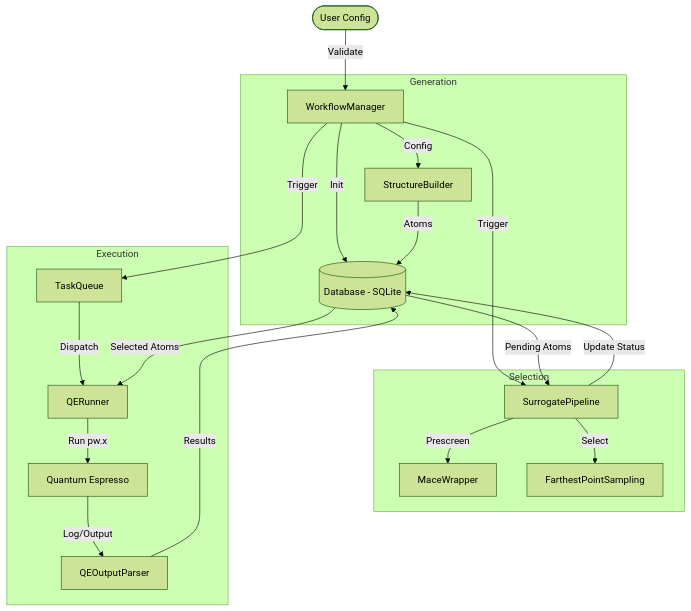
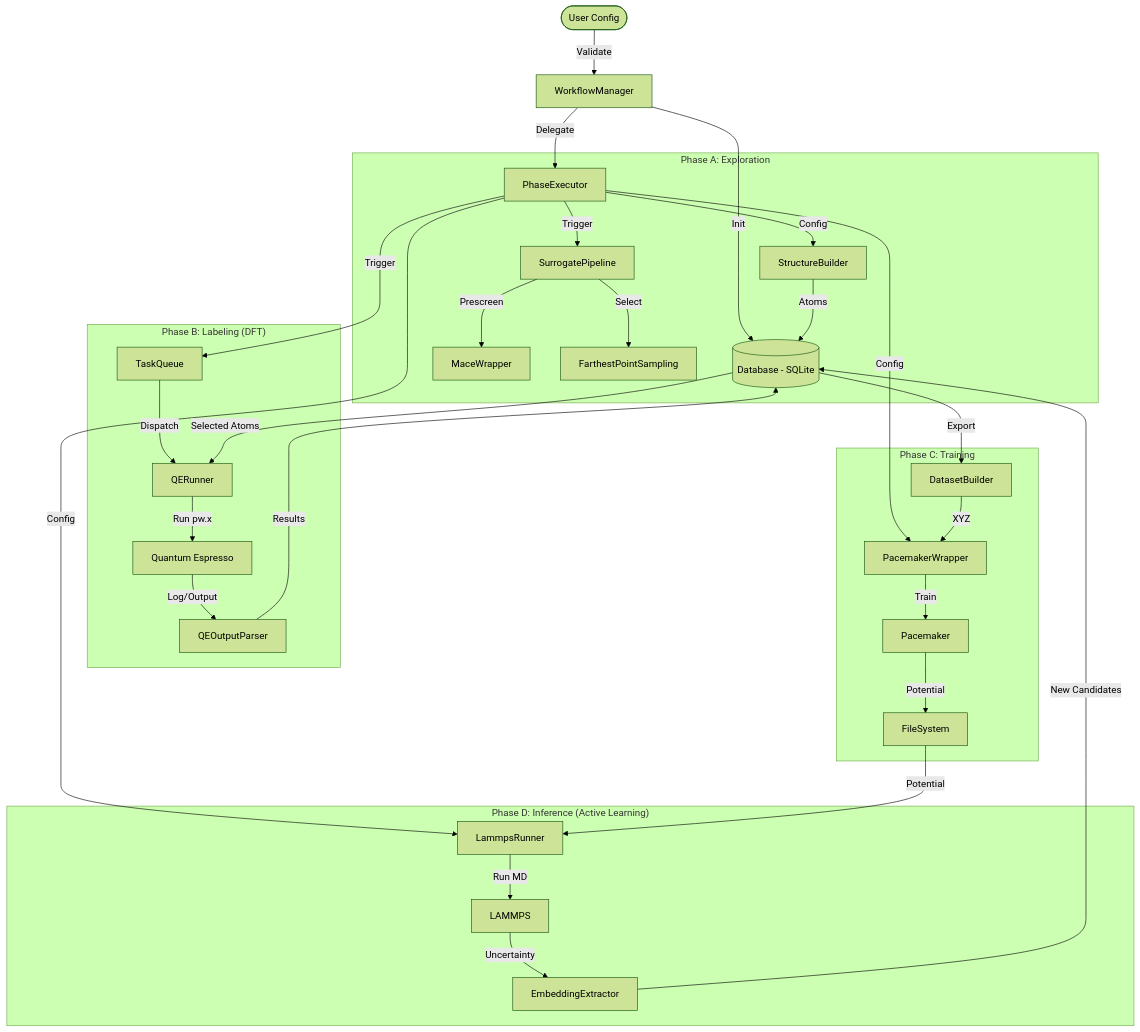
Before and after one commit to tsuyama1990/mlip_pipeline: the diagram in ARCHITECTURE.md, drawn with Mermaid (forest theme). The commit also changed other lines of this file and 3 other files, not shown here.

First line of the commit message:
Cycle 06: Final Audit Remediation (Architecture, Security, Robustness)

````diff
--- a/ARCHITECTURE.md
+++ b/ARCHITECTURE.md
@@ -9,27 +9,39 @@
 ```mermaid
 graph TD
     User([User Config]) -->|Validate| WM[WorkflowManager]
     WM -->|Init| DB[(Database - SQLite)]
+    WM -->|Delegate| PE[PhaseExecutor]
 
-    subgraph Generation
-        WM -->|Config| Gen[StructureBuilder]
+    subgraph "Phase A: Exploration"
+        PE -->|Config| Gen[StructureBuilder]
         Gen -->|Atoms| DB
+        PE -->|Trigger| SP[SurrogatePipeline]
+        SP -->|Prescreen| MACE[MaceWrapper]
+        SP -->|Select| FPS[FarthestPointSampling]
     end
 
-    subgraph Selection
-        WM -->|Trigger| SP[SurrogatePipeline]
-        DB -->|Pending Atoms| SP
-        SP -->|Prescreen| MACE[MaceWrapper]
-        SP -->|Select| FPS[FarthestPointSampling]
-        SP -->|Update Status| DB
-    end
-
-    subgraph Execution
-        WM -->|Trigger| TQ[TaskQueue]
+    subgraph "Phase B: Labeling (DFT)"
+        PE -->|Trigger| TQ[TaskQueue]
         TQ -->|Dispatch| DFT[QERunner]
         DB -->|Selected Atoms| DFT
         DFT -->|Run pw.x| QE[Quantum Espresso]
         QE -->|Log/Output| Parser[QEOutputParser]
         Parser -->|Results| DB
     end
+
+    subgraph "Phase C: Training"
+        PE -->|Config| PM[PacemakerWrapper]
+        DB -->|Export| DS[DatasetBuilder]
+        DS -->|XYZ| PM
+        PM -->|Train| Pace[Pacemaker]
+        Pace -->|Potential| FS[FileSystem]
+    end
+
+    subgraph "Phase D: Inference (Active Learning)"
+        PE -->|Config| Inf[LammpsRunner]
+        FS -->|Potential| Inf
+        Inf -->|Run MD| LAMMPS[LAMMPS]
+        LAMMPS -->|Uncertainty| EE[EmbeddingExtractor]
+        EE -->|New Candidates| DB
+    end
 ```
````
